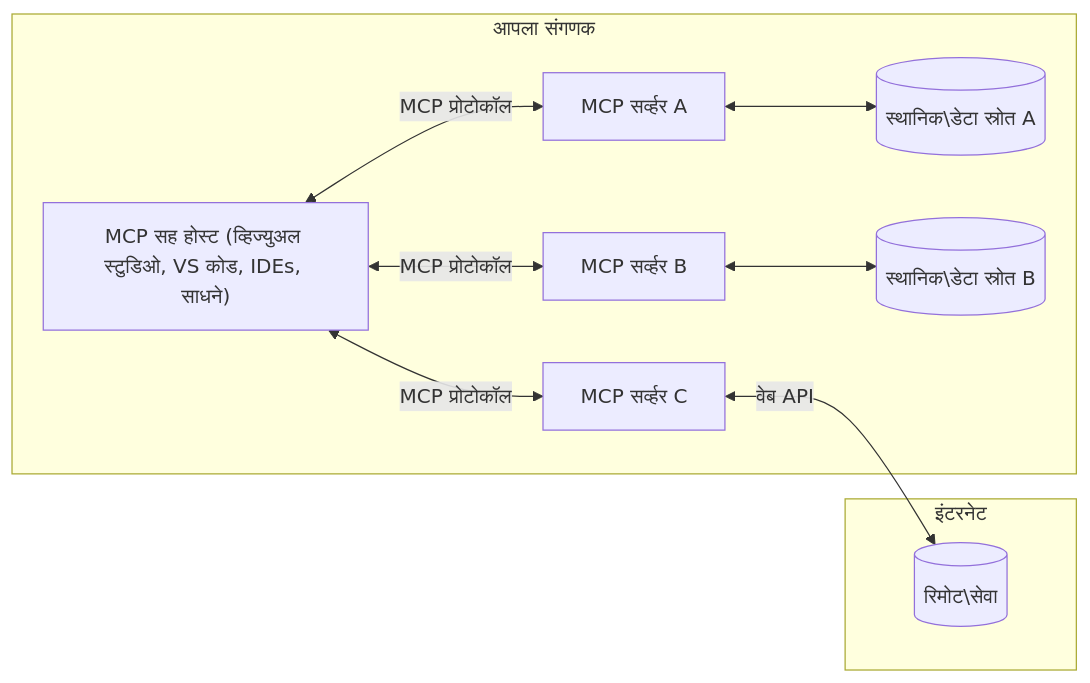
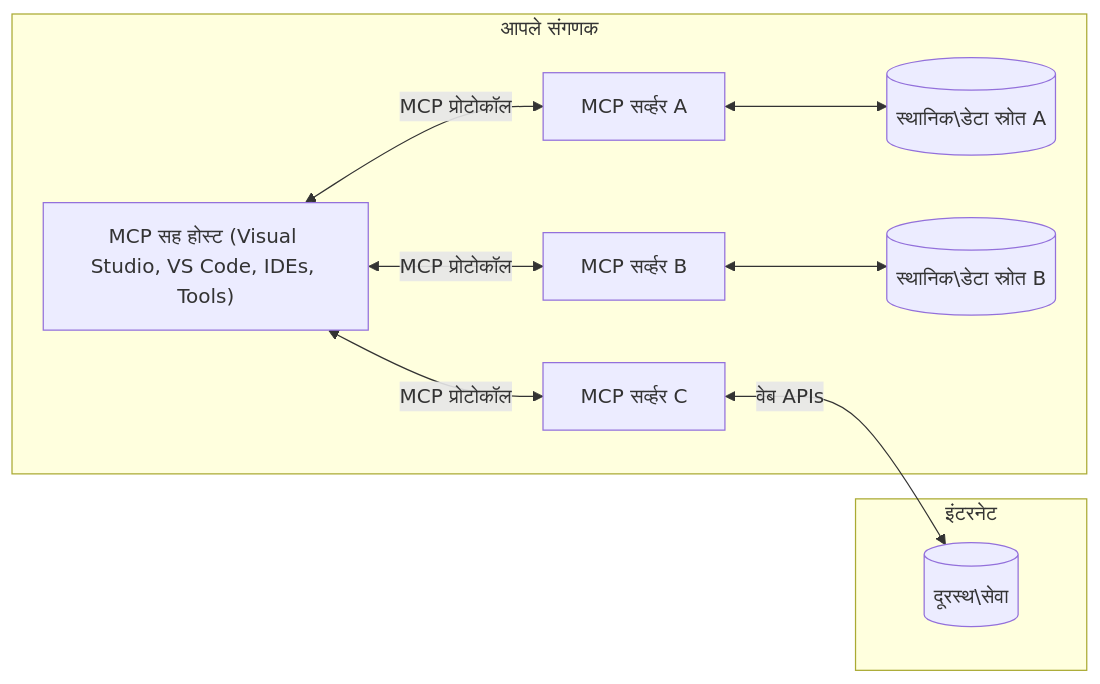
One commit to HIDORAKAI002/ai-workspace-archive changed the diagram in mcp_ecosystem__model_context_protocol/mcp_learning_resources/mcp-for-beginners/translations/mr/01-CoreConcepts/README.md. Above: the diagram before and after it, drawn with Mermaid. The commit also changed other lines of this file and 1046 other files, not shown here.

````diff
--- a/mcp_ecosystem__model_context_protocol/mcp_learning_resources/mcp-for-beginners/translations/mr/01-CoreConcepts/README.md
+++ b/mcp_ecosystem__model_context_protocol/mcp_learning_resources/mcp-for-beginners/translations/mr/01-CoreConcepts/README.md
@@ -45,17 +45,17 @@
 ```mermaid
 flowchart LR
-    subgraph "आपला संगणक"
-        Host["MCP सह होस्ट (व्हिज्युअल स्टुडिओ, VS कोड, IDEs, साधने)"]
+    subgraph "आपले संगणक"
+        Host["MCP सह होस्ट (Visual Studio, VS Code, IDEs, Tools)"]
         S1["MCP सर्व्हर A"]
         S2["MCP सर्व्हर B"]
         S3["MCP सर्व्हर C"]
         Host <-->|"MCP प्रोटोकॉल"| S1
         Host <-->|"MCP प्रोटोकॉल"| S2
         Host <-->|"MCP प्रोटोकॉल"| S3
         S1 <--> D1[("स्थानिक\डेटा स्रोत A")]
         S2 <--> D2[("स्थानिक\डेटा स्रोत B")]
     end
     subgraph "इंटरनेट"
-        S3 <-->|"वेब API"| D3[("रिमोट\सेवा")]
+        S3 <-->|"वेब APIs"| D3[("दूरस्थ\सेवा")]
     end
 ```
````
